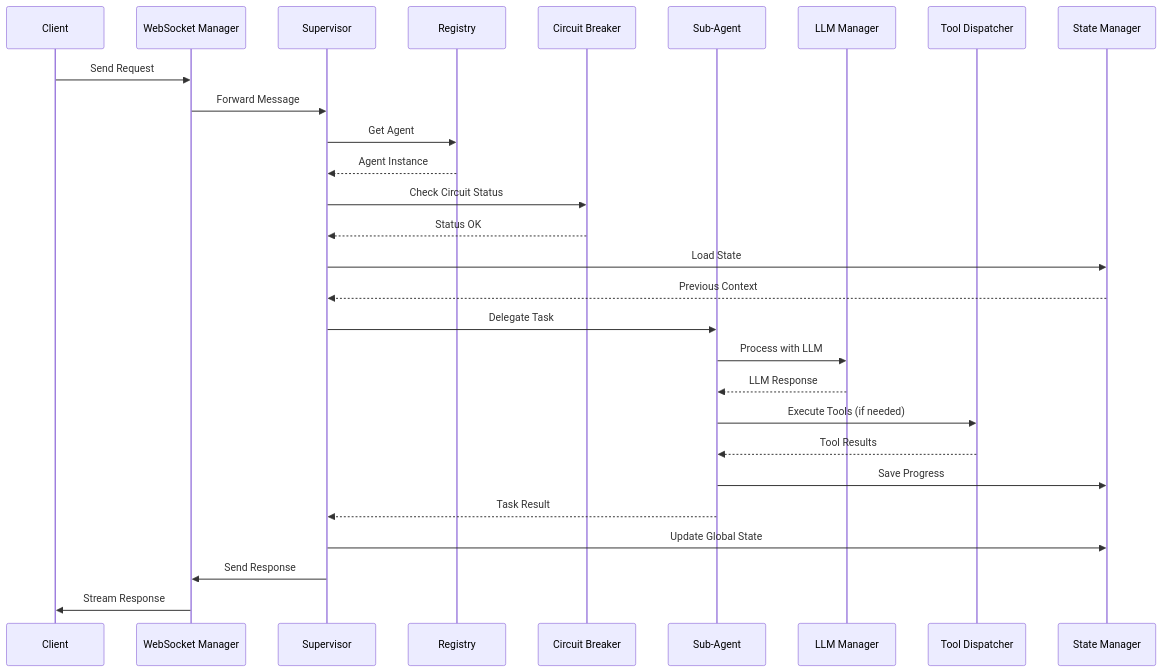
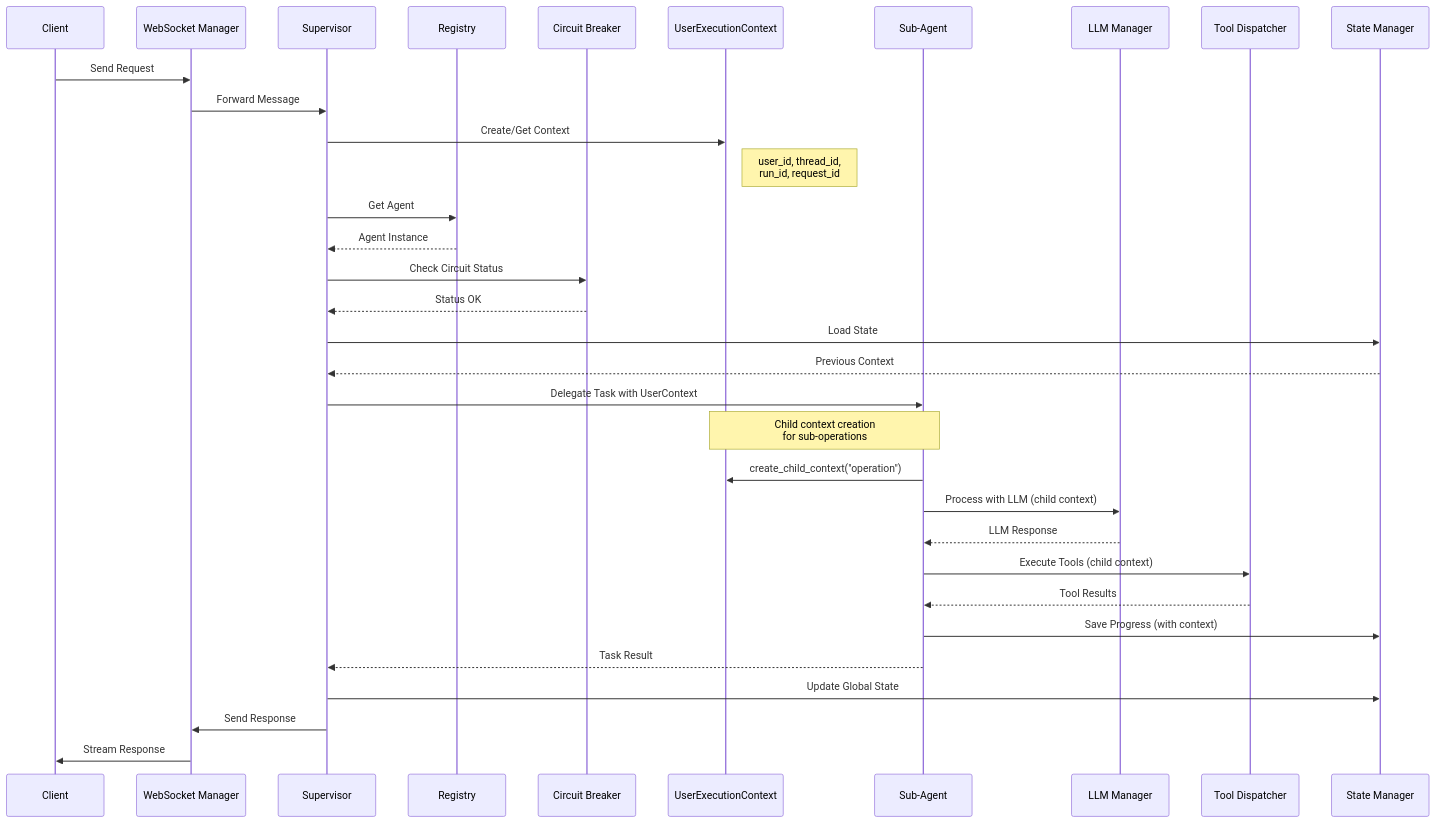
Before and after one commit to netra-systems/zen: the second of 6 diagrams in docs/agent_architecture_mermaid.md, drawn with Mermaid. The commit also changed other lines of this file and 11 other files, not shown here.

First line of the commit message:
docs: update comprehensive test reports and architecture documentation

````diff
--- a/docs/agent_architecture_mermaid.md
+++ b/docs/agent_architecture_mermaid.md
@@ -93,31 +93,36 @@
 ```mermaid
 sequenceDiagram
     participant C as Client
     participant WS as WebSocket Manager
     participant S as Supervisor
     participant R as Registry
     participant CB as Circuit Breaker
+    participant UC as UserExecutionContext
     participant A as Sub-Agent
     participant LLM as LLM Manager
     participant T as Tool Dispatcher
     participant ST as State Manager
 
     C->>WS: Send Request
     WS->>S: Forward Message
+    S->>UC: Create/Get Context
+    Note right of UC: user_id, thread_id,<br/>run_id, request_id
     S->>R: Get Agent
     R-->>S: Agent Instance
     S->>CB: Check Circuit Status
     CB-->>S: Status OK
     S->>ST: Load State
     ST-->>S: Previous Context
-    S->>A: Delegate Task
-    A->>LLM: Process with LLM
+    S->>A: Delegate Task with UserContext
+    Note over A,UC: Child context creation<br/>for sub-operations
+    A->>UC: create_child_context("operation")
+    A->>LLM: Process with LLM (child context)
     LLM-->>A: LLM Response
-    A->>T: Execute Tools (if needed)
+    A->>T: Execute Tools (child context)
     T-->>A: Tool Results
-    A->>ST: Save Progress
+    A->>ST: Save Progress (with context)
     A-->>S: Task Result
     S->>ST: Update Global State
     S->>WS: Send Response
     WS->>C: Stream Response
 ```
````
